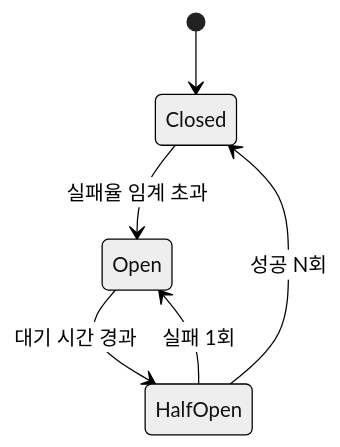
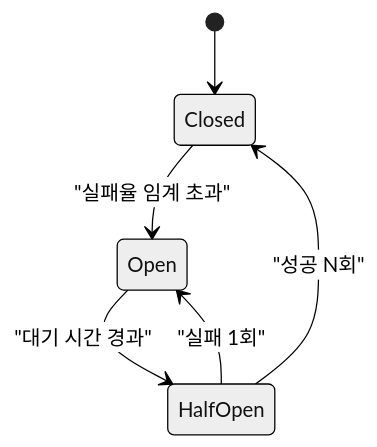
The first of 4 diagrams in src/content/wiki/concurrency/circuit-breaker.mdx (shinkeonkim/shinkeonkim.github.io), drawn with Mermaid (neutral theme) before and after one commit. The commit also changed other lines of this file and 526 other files, not shown here.

First line of the commit message:
content(wiki): 전수조사 및 대규모 보강 (짧은 파일 0, mermaid +645)

````diff
--- a/src/content/wiki/concurrency/circuit-breaker.mdx
+++ b/src/content/wiki/concurrency/circuit-breaker.mdx
@@ -20,8 +24,8 @@
 ```mermaid
 stateDiagram-v2
     [*] --> Closed
-    Closed --> Open: 실패율 임계 초과
-    Open --> HalfOpen: 대기 시간 경과
-    HalfOpen --> Closed: 성공 N회
-    HalfOpen --> Open: 실패 1회
+    Closed --> Open : "실패율 임계 초과"
+    Open --> HalfOpen : "대기 시간 경과"
+    HalfOpen --> Closed : "성공 N회"
+    HalfOpen --> Open : "실패 1회"
 ```
````
